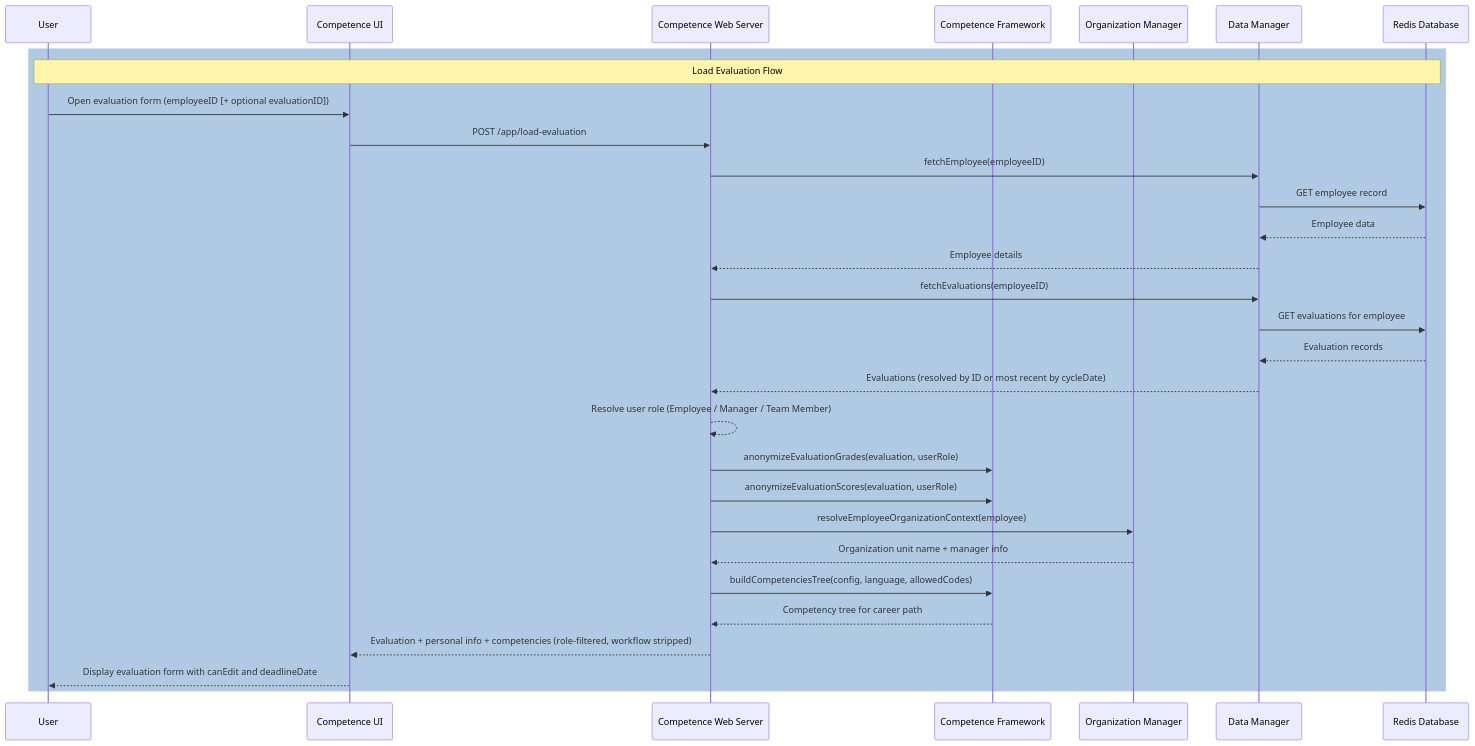
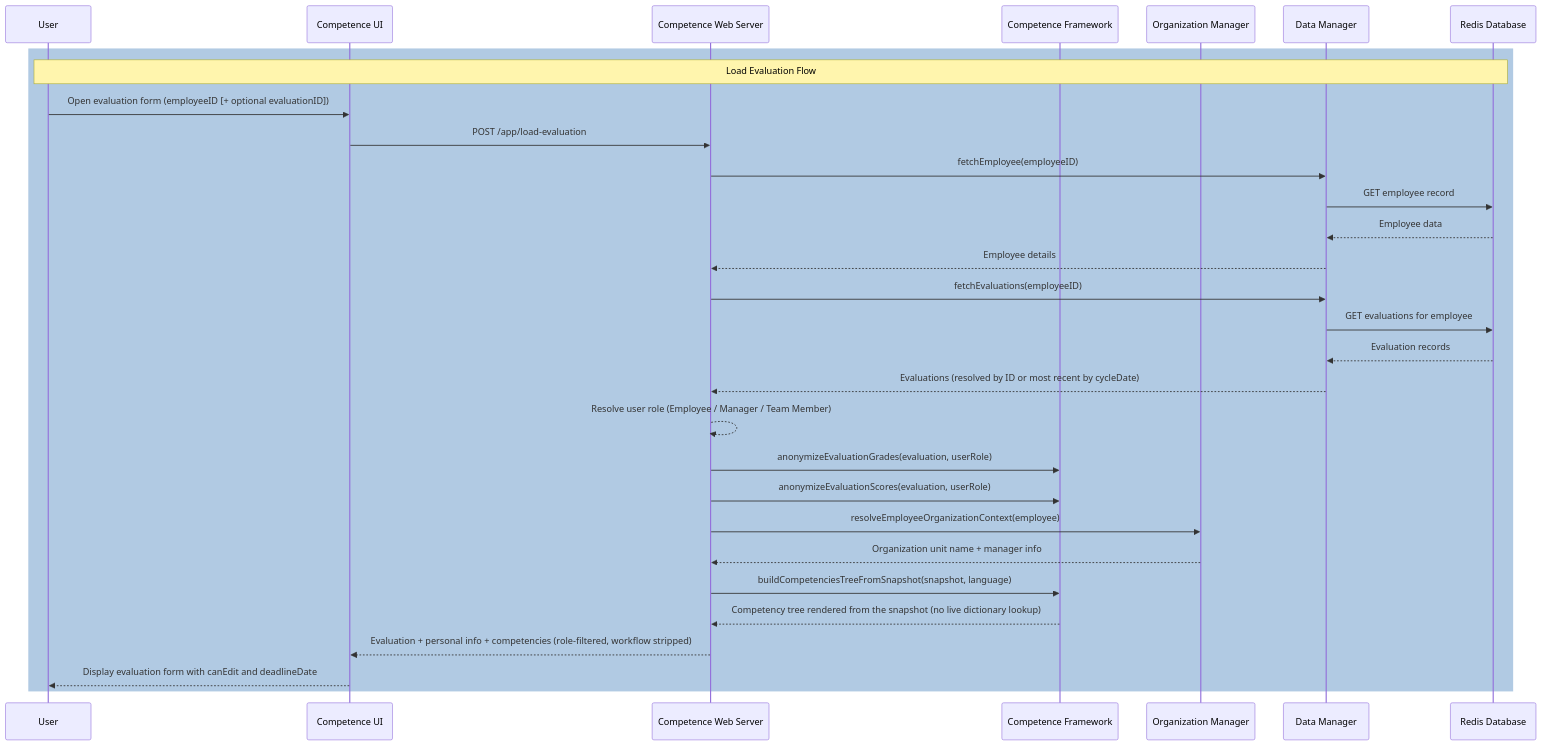
Before and after one commit to Belleal/ti-engine: the fourth of 13 diagrams in packages/competence/README.md, drawn with Mermaid. The commit also changed other lines of this file and 7 other files, not shown here.

````diff
--- a/packages/competence/README.md
+++ b/packages/competence/README.md
@@ -507,33 +523,33 @@
 ```mermaid
 sequenceDiagram
     participant User as User
     participant Client as Competence UI
     participant Server as Competence Web Server
     participant CF as Competence Framework
     participant OrgMgr as Organization Manager
     participant DataMgr as Data Manager
     participant DB as Redis Database
 
     rect rgba(100, 150, 200, 0.5)
         note over User, DB: Load Evaluation Flow
         User ->> Client: Open evaluation form (employeeID [+ optional evaluationID])
         Client ->> Server: POST /app/load-evaluation
         Server ->> DataMgr: fetchEmployee(employeeID)
         DataMgr ->> DB: GET employee record
         DB -->> DataMgr: Employee data
         DataMgr -->> Server: Employee details
         Server ->> DataMgr: fetchEvaluations(employeeID)
         DataMgr ->> DB: GET evaluations for employee
         DB -->> DataMgr: Evaluation records
         DataMgr -->> Server: Evaluations (resolved by ID or most recent by cycleDate)
         Server -->> Server: Resolve user role (Employee / Manager / Team Member)
         Server ->> CF: anonymizeEvaluationGrades(evaluation, userRole)
         Server ->> CF: anonymizeEvaluationScores(evaluation, userRole)
         Server ->> OrgMgr: resolveEmployeeOrganizationContext(employee)
         OrgMgr -->> Server: Organization unit name + manager info
-        Server ->> CF: buildCompetenciesTree(config, language, allowedCodes)
-        CF -->> Server: Competency tree for career path
+        Server ->> CF: buildCompetenciesTreeFromSnapshot(snapshot, language)
+        CF -->> Server: Competency tree rendered from the snapshot (no live dictionary lookup)
         Server -->> Client: Evaluation + personal info + competencies (role-filtered, workflow stripped)
         Client -->> User: Display evaluation form with canEdit and deadlineDate
     end
 ```
````
